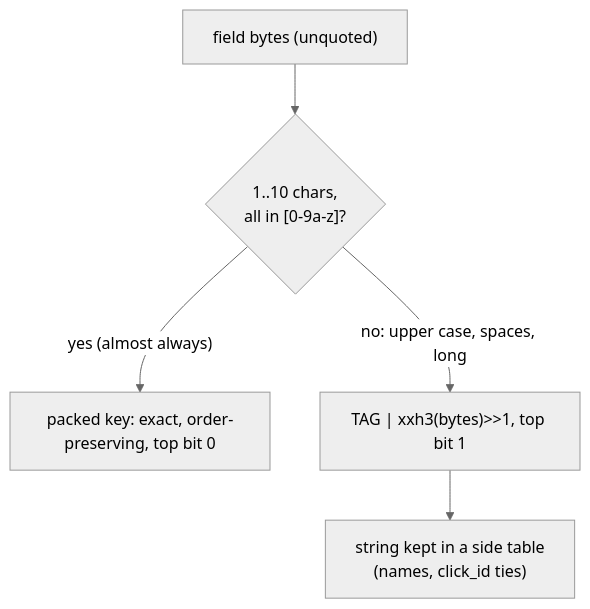
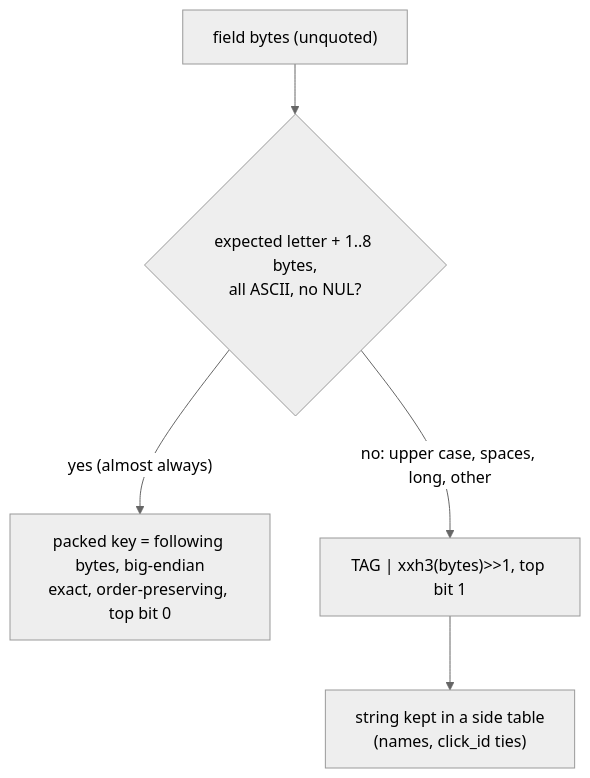
Before and after one commit to Kavan04/Databricks_Shopping: the fourth of 8 diagrams in docs/ARCHITECTURE.md, drawn with Mermaid (neutral theme). The commit also changed other lines of this file and 5 other files, not shown here.

````diff
--- a/docs/ARCHITECTURE.md
+++ b/docs/ARCHITECTURE.md
@@ -91,7 +91,7 @@
 ```mermaid
 flowchart TD
-    S["field bytes (unquoted)"] --> Q{"1..10 chars,<br/>all in [0-9a-z]?"}
-    Q -->|"yes (almost always)"| PK["packed key: exact, order-preserving, top bit 0"]
-    Q -->|"no: upper case, spaces, long"| HK["TAG | xxh3(bytes)&gt;&gt;1, top bit 1"]
+    S["field bytes (unquoted)"] --> Q{"expected letter + 1..8 bytes,<br/>all ASCII, no NUL?"}
+    Q -->|"yes (almost always)"| PK["packed key = following bytes, big-endian<br/>exact, order-preserving, top bit 0"]
+    Q -->|"no: upper case, spaces, long, other"| HK["TAG | xxh3(bytes)&gt;&gt;1, top bit 1"]
     HK --> NT["string kept in a side table<br/>(names, click_id ties)"]
 ```
````
